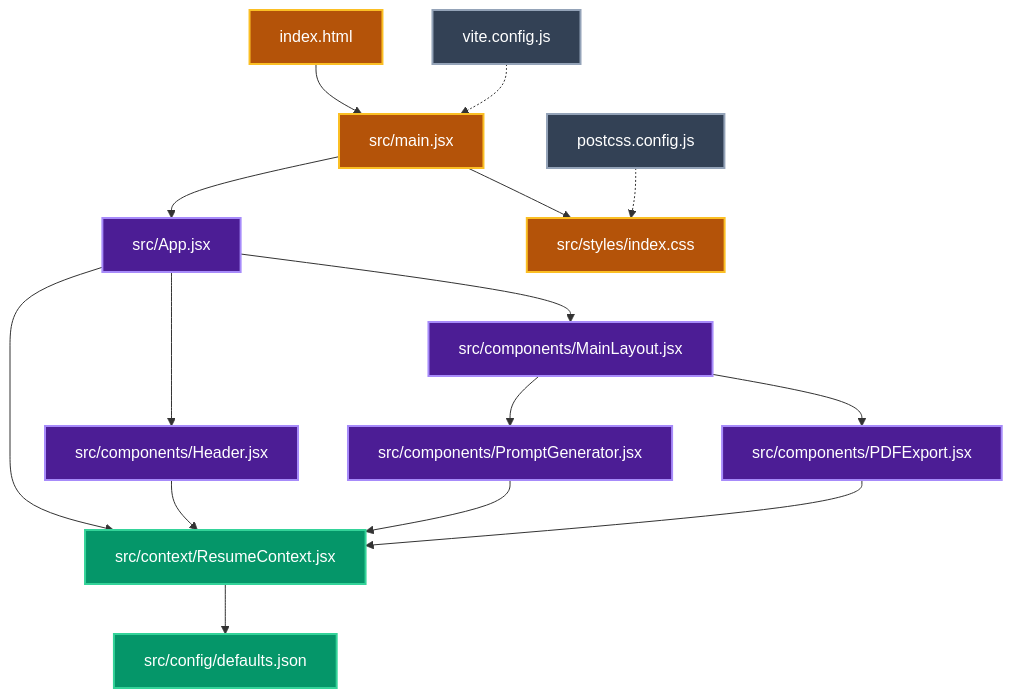
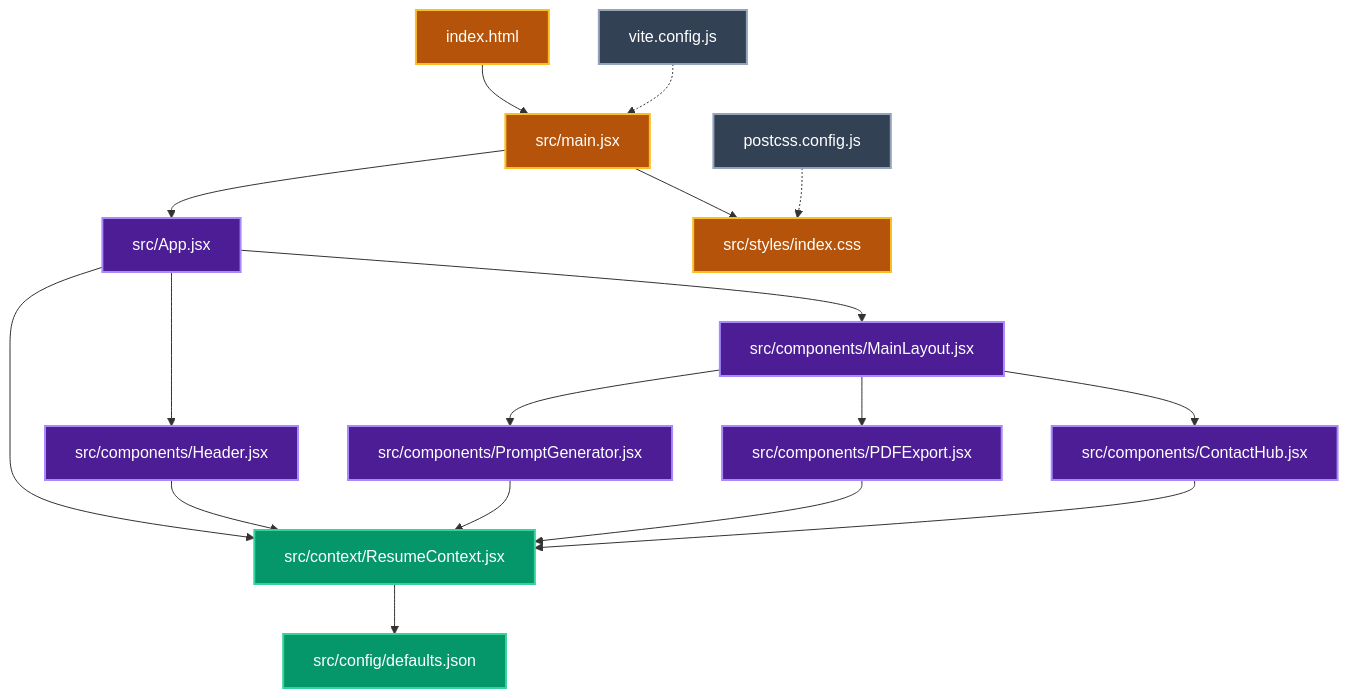
Before and after one commit to imrankhan2424/ai-resume-architect: the diagram in ARCHITECTURE.md, drawn with Mermaid. The commit also changed other lines of this file and 1 other file, not shown here.

Commit message:
docs: sync README and ARCHITECTURE with current features (ContactHub, 5-modifier prompts, flushSync)

````diff
--- a/ARCHITECTURE.md
+++ b/ARCHITECTURE.md
@@ -9,40 +9,42 @@
 ```mermaid
 graph TD
     %% Entry Point
     index[index.html] --> main[src/main.jsx]
     main --> App[src/App.jsx]
     main --> css[src/styles/index.css]
     
     %% Root Component
     App --> ResumeContext[src/context/ResumeContext.jsx]
     App --> Header[src/components/Header.jsx]
     App --> MainLayout[src/components/MainLayout.jsx]
     
     %% Header Component
     Header --> ResumeContext
     
     %% Main Layout
     MainLayout --> PromptGenerator[src/components/PromptGenerator.jsx]
     MainLayout --> PDFExport[src/components/PDFExport.jsx]
+    MainLayout --> ContactHub[src/components/ContactHub.jsx]
     
     %% Features
     PromptGenerator --> ResumeContext
     PDFExport --> ResumeContext
+    ContactHub --> ResumeContext
     
     %% Context & Config
     ResumeContext --> defaults[src/config/defaults.json]
     
     %% Build Config
     viteConfig[vite.config.js] -.-> main
     postcssConfig[postcss.config.js] -.-> css
 
     classDef component fill:#4c1d95,stroke:#a78bfa,stroke-width:2px,color:#fff;
     classDef context fill:#059669,stroke:#34d399,stroke-width:2px,color:#fff;
     classDef config fill:#334155,stroke:#94a3b8,stroke-width:2px,color:#fff;
     classDef entry fill:#b45309,stroke:#fbbf24,stroke-width:2px,color:#fff;
 
-    class App,Header,MainLayout,PromptGenerator,PDFExport component;
+    class App,Header,MainLayout,PromptGenerator,PDFExport,ContactHub component;
     class ResumeContext,defaults context;
     class viteConfig,postcssConfig config;
     class index,main,css entry;
 ```
````
